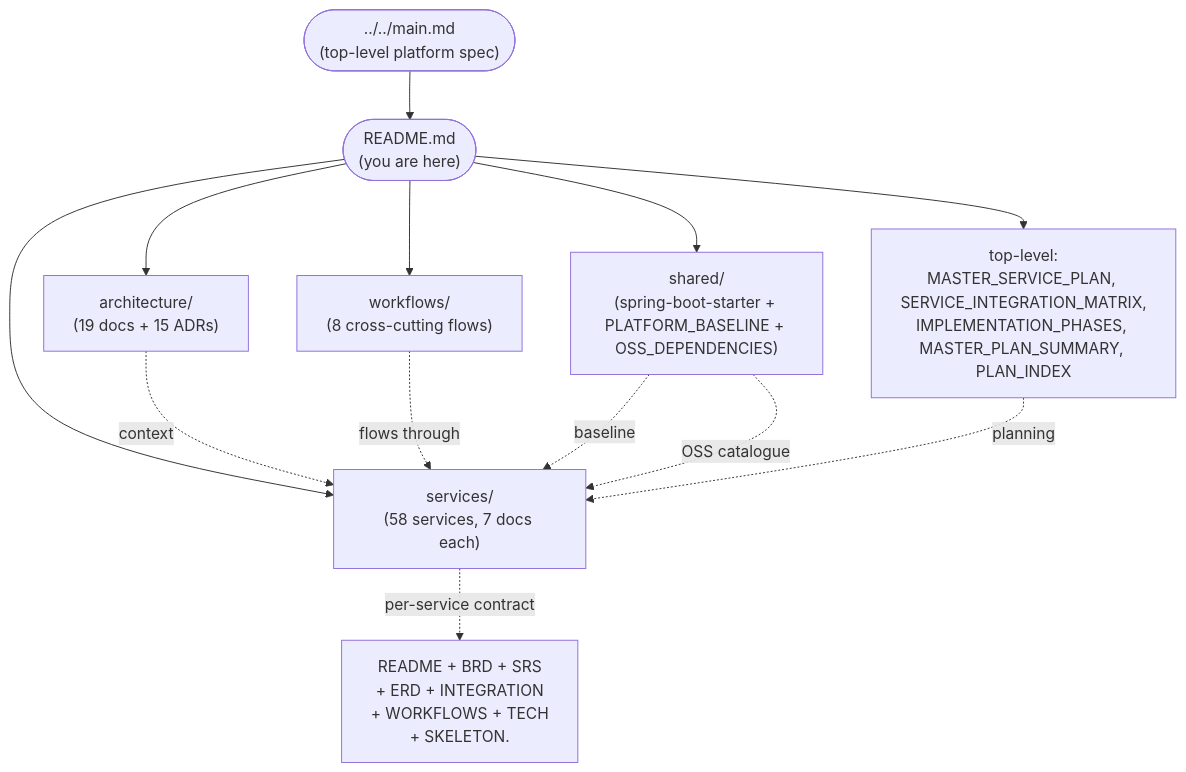
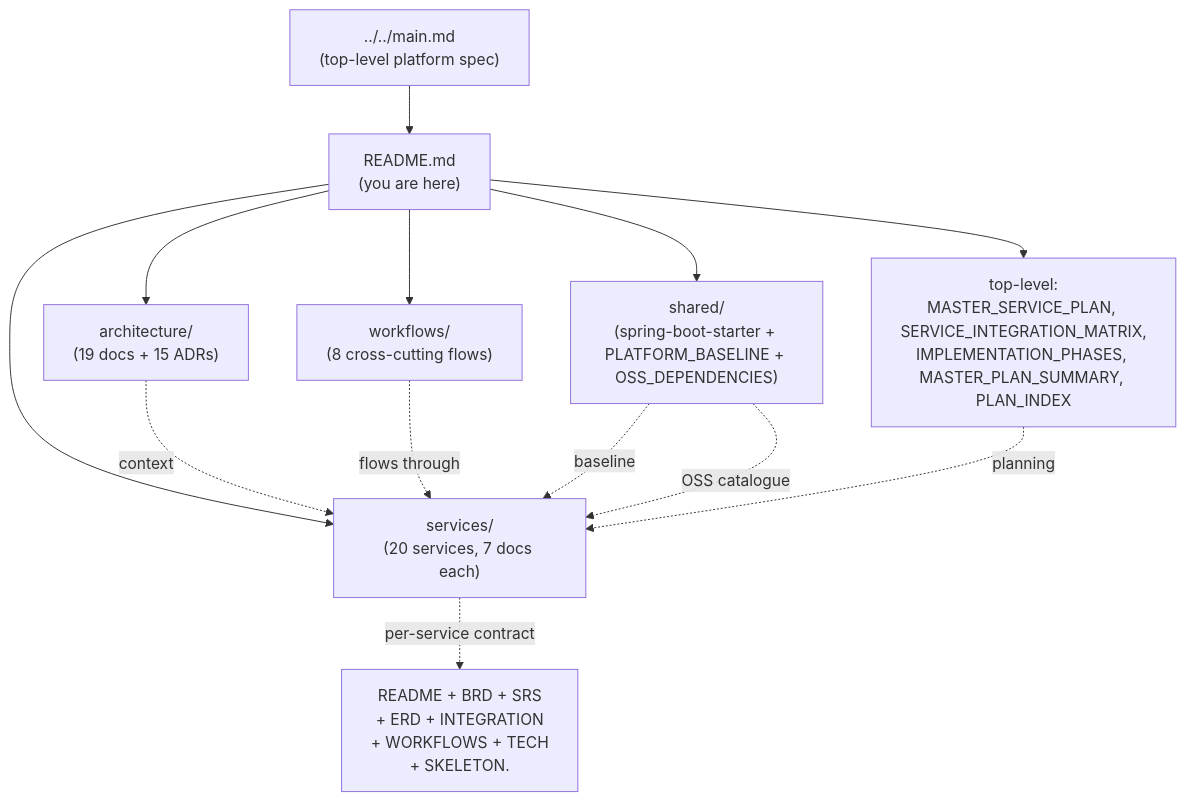
The diagram in docs/README.md (mohamedhabibwork/trips-enjoy-docs), drawn with Mermaid before and after one commit. The commit also changed other lines of this file and 245 other files, not shown here.

````diff
--- a/docs/README.md
+++ b/docs/README.md
@@ -21,17 +21,17 @@
 ```mermaid
 flowchart TB
-  main(["../../main.md<br/>(top-level platform spec)"])
-  r(["README.md<br/>(you are here)"])
+  main["../../main.md<br/>(top-level platform spec)"]
+  r["README.md<br/>(you are here)"]
   main --> r
   r --> arch["architecture/<br/>(19 docs + 15 ADRs)"]
   r --> wf["workflows/<br/>(8 cross-cutting flows)"]
-  r --> svc["services/<br/>(58 services, 7 docs each)"]
+  r --> svc["services/<br/>(20 services, 7 docs each)"]
   r --> shared["shared/<br/>(spring-boot-starter + PLATFORM_BASELINE + OSS_DEPENDENCIES)"]
   r --> top["top-level:<br/>MASTER_SERVICE_PLAN, SERVICE_INTEGRATION_MATRIX,<br/>IMPLEMENTATION_PHASES, MASTER_PLAN_SUMMARY, PLAN_INDEX"]
   svc -. per-service contract .-> svc_brd["README + BRD + SRS<br/>+ ERD + INTEGRATION<br/>+ WORKFLOWS + TECH<br/>+ SKELETON.<ext>"]
   arch -. context .-> svc
   wf -. flows through .-> svc
   shared -. baseline .-> svc
   shared -. OSS catalogue .-> svc
   top -. planning .-> svc
 ```
````
